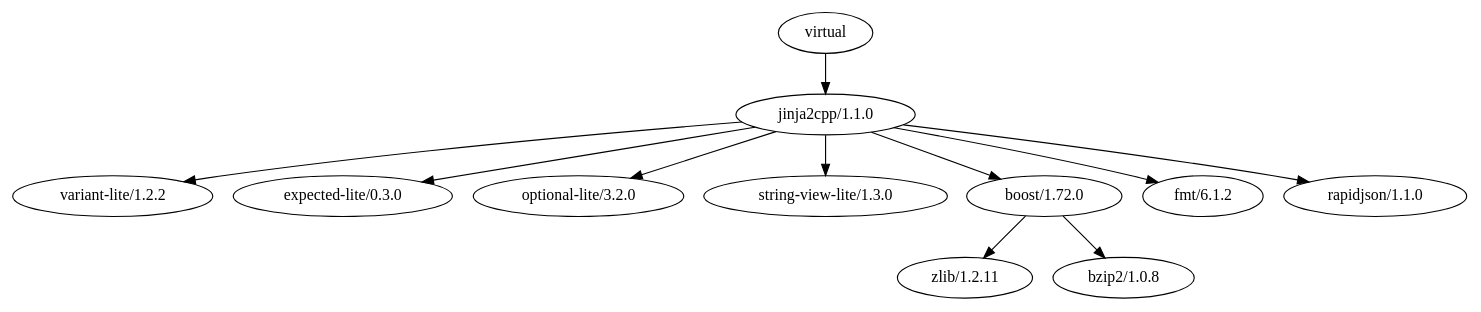
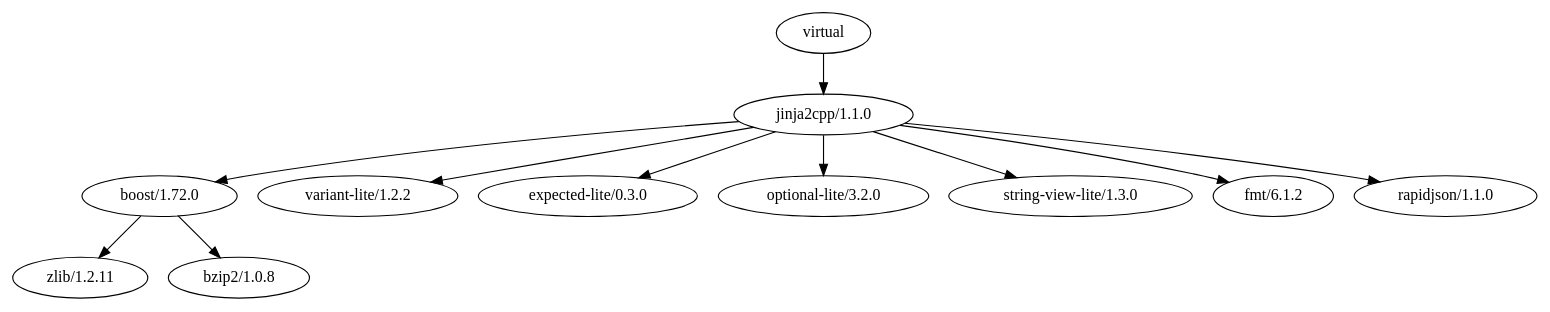
Before and after one commit to jgsogo/community-templates: the diagram in info_graph_dot/conan101.dot, drawn with Graphviz. The commit also changed other lines of this file and 3 other files, not shown here.

```diff
--- a/info_graph_dot/conan101.dot
+++ b/info_graph_dot/conan101.dot
@@ -1,12 +1,12 @@
 digraph {
+        "boost/1.72.0" -> "zlib/1.2.11"
+        "boost/1.72.0" -> "bzip2/1.0.8"
         "virtual" -> "jinja2cpp/1.1.0"
         "jinja2cpp/1.1.0" -> "variant-lite/1.2.2"
         "jinja2cpp/1.1.0" -> "expected-lite/0.3.0"
         "jinja2cpp/1.1.0" -> "optional-lite/3.2.0"
         "jinja2cpp/1.1.0" -> "string-view-lite/1.3.0"
         "jinja2cpp/1.1.0" -> "boost/1.72.0"
         "jinja2cpp/1.1.0" -> "fmt/6.1.2"
         "jinja2cpp/1.1.0" -> "rapidjson/1.1.0"
-        "boost/1.72.0" -> "zlib/1.2.11"
-        "boost/1.72.0" -> "bzip2/1.0.8"
 }
```
